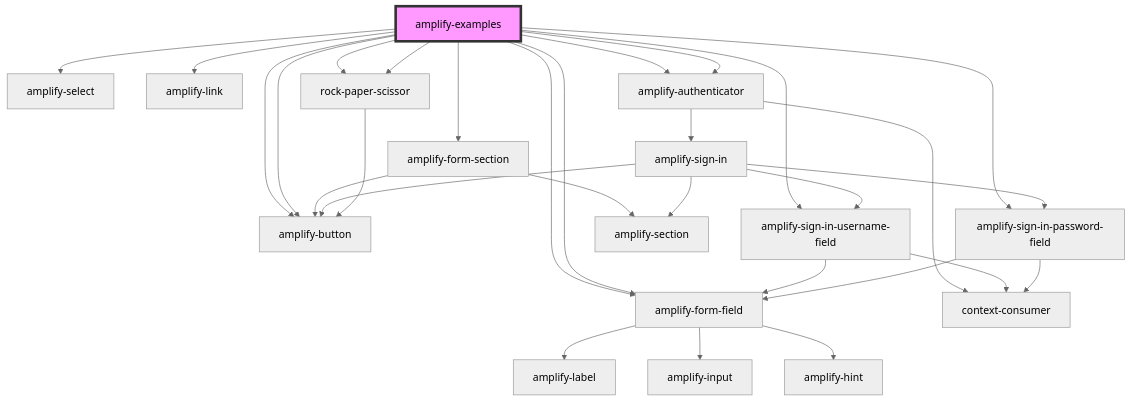
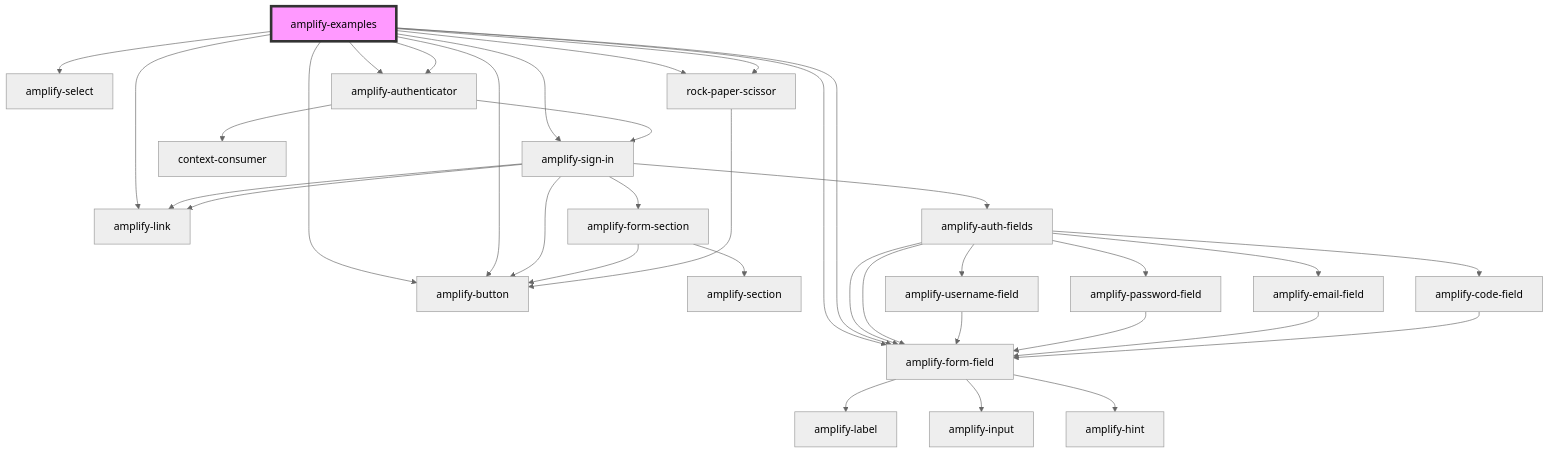
Before and after one commit to OneDev0411/amplify-js: the diagram in packages/amplify-ui-components/src/components/amplify-examples/readme.md, drawn with Mermaid (neutral theme). The commit also changed other lines of this file and 81 other files, not shown here.

````diff
--- a/packages/amplify-ui-components/src/components/amplify-examples/readme.md
+++ b/packages/amplify-ui-components/src/components/amplify-examples/readme.md
@@ -27,33 +25,38 @@
 ```mermaid
 graph TD;
-  amplify-examples --> amplify-form-section
+  amplify-examples --> amplify-sign-in
   amplify-examples --> amplify-form-field
   amplify-examples --> amplify-form-field
   amplify-examples --> amplify-select
   amplify-examples --> amplify-button
   amplify-examples --> amplify-link
   amplify-examples --> amplify-authenticator
-  amplify-examples --> amplify-sign-in-username-field
-  amplify-examples --> amplify-sign-in-password-field
   amplify-examples --> amplify-button
   amplify-examples --> amplify-authenticator
   amplify-examples --> rock-paper-scissor
   amplify-examples --> rock-paper-scissor
+  amplify-sign-in --> amplify-form-section
+  amplify-sign-in --> amplify-auth-fields
+  amplify-sign-in --> amplify-link
+  amplify-sign-in --> amplify-link
+  amplify-sign-in --> amplify-button
   amplify-form-section --> amplify-section
   amplify-form-section --> amplify-button
+  amplify-auth-fields --> amplify-username-field
+  amplify-auth-fields --> amplify-password-field
+  amplify-auth-fields --> amplify-email-field
+  amplify-auth-fields --> amplify-code-field
+  amplify-auth-fields --> amplify-form-field
+  amplify-auth-fields --> amplify-form-field
+  amplify-username-field --> amplify-form-field
   amplify-form-field --> amplify-label
   amplify-form-field --> amplify-input
   amplify-form-field --> amplify-hint
+  amplify-password-field --> amplify-form-field
+  amplify-email-field --> amplify-form-field
+  amplify-code-field --> amplify-form-field
   amplify-authenticator --> amplify-sign-in
   amplify-authenticator --> context-consumer
-  amplify-sign-in --> amplify-section
-  amplify-sign-in --> amplify-sign-in-username-field
-  amplify-sign-in --> amplify-sign-in-password-field
-  amplify-sign-in --> amplify-button
-  amplify-sign-in-username-field --> amplify-form-field
-  amplify-sign-in-username-field --> context-consumer
-  amplify-sign-in-password-field --> amplify-form-field
-  amplify-sign-in-password-field --> context-consumer
   rock-paper-scissor --> amplify-button
   style amplify-examples fill:#f9f,stroke:#333,stroke-width:4px
 ```
````
